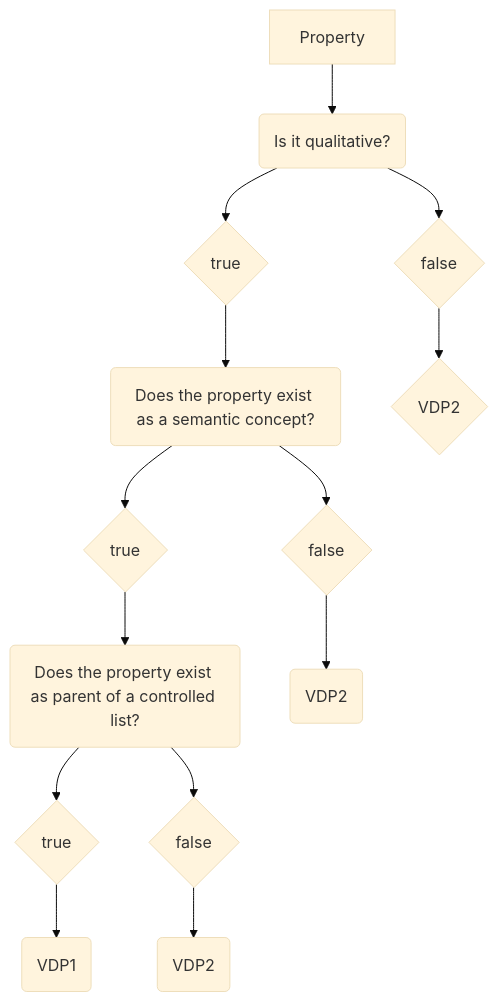
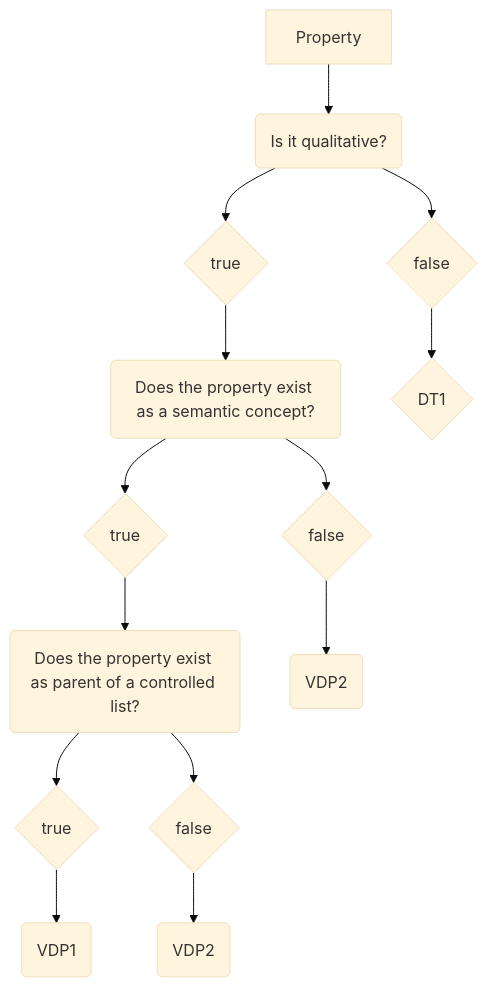
The diagram in Decisition_trees/DT0.mmd (mabablue/I-ADOPT-patterns-playground), drawn with Mermaid (base theme) before and after one commit.

```diff
--- a/Decisition_trees/DT0.mmd
+++ b/Decisition_trees/DT0.mmd
@@ -1,14 +1,14 @@
 flowchart TD
     A[Property] --> B(Is it qualitative?)
     B --> C{true}
     B --> D{false}
     C --> E(Does the property exist as a semantic concept?) 
     E --> F{true}
     E --> G{false}
     F --> H(Does the property exist as parent of a controlled list?)
-    D --> I{VDP2} 
+    D --> I{DT1} 
     G --> J(VDP2)
     H --> L{true}
     L --> M(VDP1)
     H --> N{false}
     N --> O(VDP2)
```
